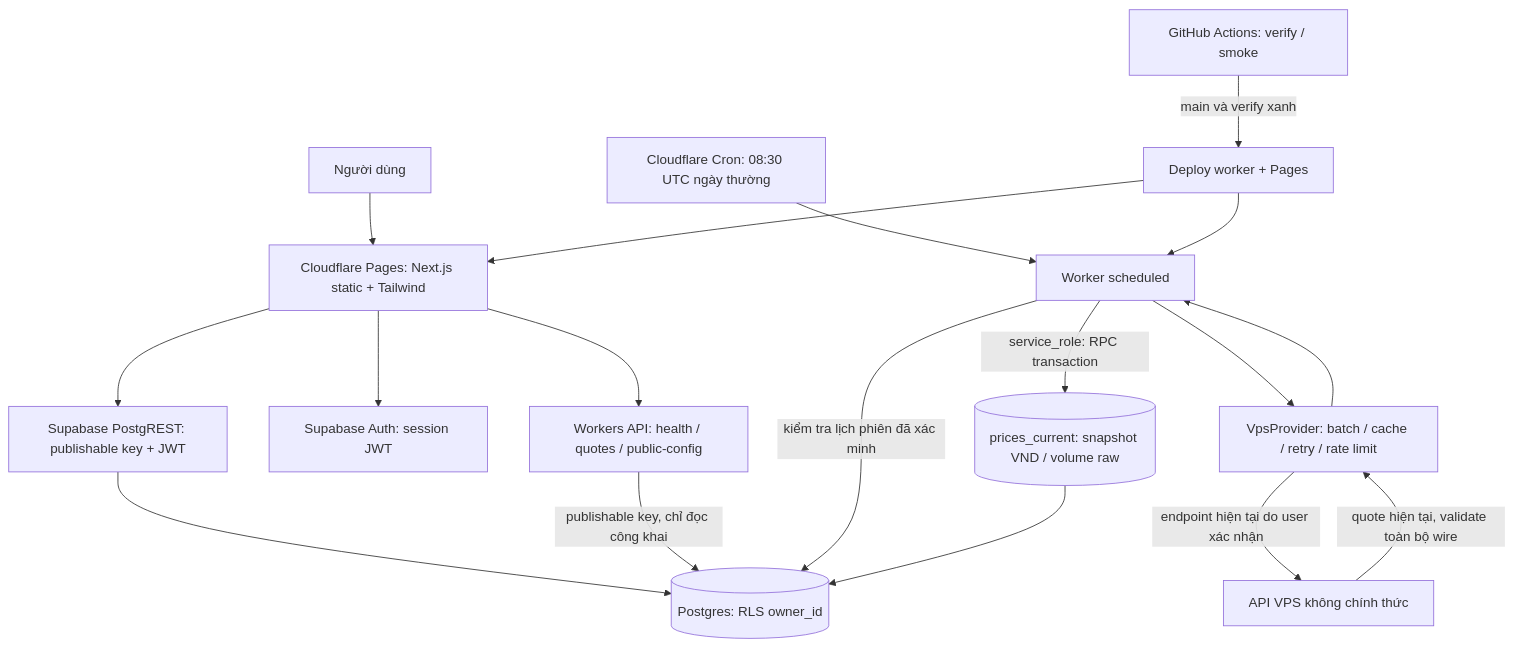
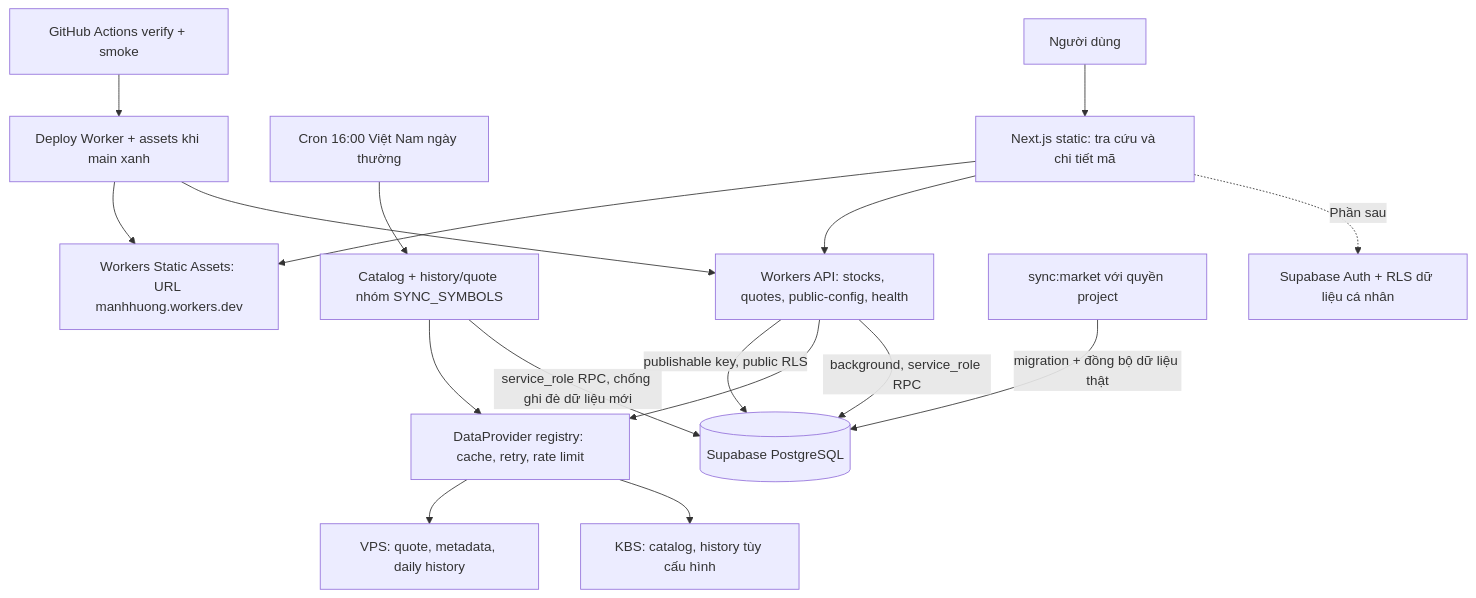
Before and after one commit to BigbossHust0106/vn-stock-analyzer: the diagram in docs/architecture.md, drawn with Mermaid. The commit also changed other lines of this file and 53 other files, not shown here.

Commit message:
feat: add verified market providers, stock search and live price charts

````diff
--- a/docs/architecture.md
+++ b/docs/architecture.md
@@ -3,20 +3,19 @@
 ```mermaid
 flowchart TD
-  U[Người dùng] --> P[Cloudflare Pages: Next.js static + Tailwind]
-  P --> A[Workers API: health / quotes / public-config]
-  P --> AU[Supabase Auth: session JWT]
-  P --> R[Supabase PostgREST: publishable key + JWT]
-  R --> DB[(Postgres: RLS owner_id)]
-  A -->|publishable key, chỉ đọc công khai| DB
-  C[Cloudflare Cron: 08:30 UTC ngày thường] --> W[Worker scheduled]
-  W -->|kiểm tra lịch phiên đã xác minh| DB
-  W --> V[VpsProvider: batch / cache / retry / rate limit]
-  V -->|endpoint hiện tại do user xác nhận| VPS[API VPS không chính thức]
-  VPS -->|quote hiện tại, validate toàn bộ wire| V
-  V --> W
-  W -->|service_role: RPC transaction| Q[(prices_current: snapshot VND / volume raw)]
-  Q --> DB
-  GH[GitHub Actions: verify / smoke] -->|main và verify xanh| DEP[Deploy worker + Pages]
-  DEP --> P
-  DEP --> W
+  U[Người dùng] --> WEB[Next.js static: tra cứu và chi tiết mã]
+  WEB --> ASSETS[Workers Static Assets: URL manhhuong.workers.dev]
+  WEB --> API[Workers API: stocks, quotes, public-config, health]
+  API -->|publishable key, public RLS| DB[(Supabase PostgreSQL)]
+  API --> P[DataProvider registry: cache, retry, rate limit]
+  P --> VPS[VPS: quote, metadata, daily history]
+  P --> KBS[KBS: catalog, history tùy cấu hình]
+  API -->|background, service_role RPC| DB
+  CRON[Cron 16:00 Việt Nam ngày thường] --> SYNC[Catalog + history/quote nhóm SYNC_SYMBOLS]
+  SYNC --> P
+  SYNC -->|service_role RPC, chống ghi đè dữ liệu mới| DB
+  CLI[sync:market với quyền project] -->|migration + đồng bộ dữ liệu thật| DB
+  CI[GitHub Actions verify + smoke] --> DEP[Deploy Worker + assets khi main xanh]
+  DEP --> ASSETS
+  DEP --> API
+  WEB -. Phần sau .-> AUTH[Supabase Auth + RLS dữ liệu cá nhân]
 ```
````
